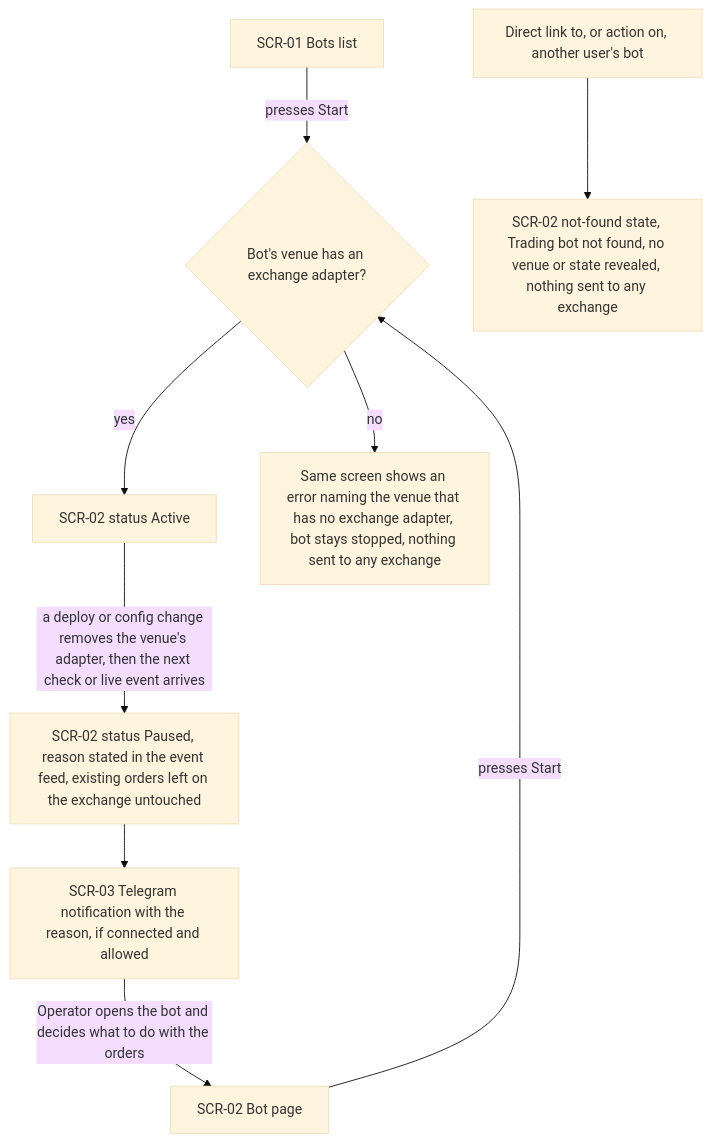
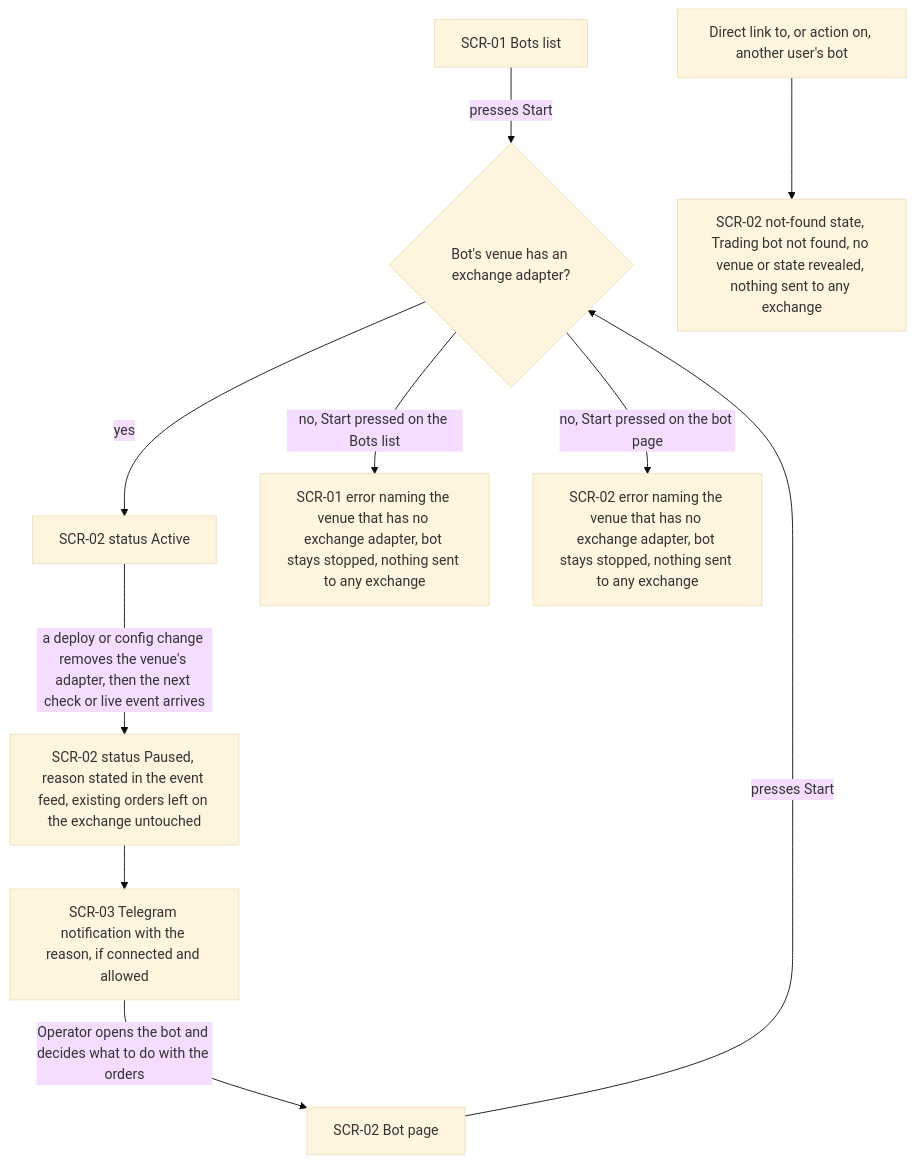
One commit to SoloOleh/AlgoTradeDynamics-experiments changed the third of 5 diagrams in docs/features/exchange-adapter/ux-flows.md. Above: the diagram before and after it, drawn with Mermaid (base theme). The commit also changed other lines of this file and 32 other files, not shown here.

First line of the commit message:
design: exchange-adapter data model, API contract, test plan, tasks

````diff
--- a/docs/features/exchange-adapter/ux-flows.md
+++ b/docs/features/exchange-adapter/ux-flows.md
@@ -68,11 +72,12 @@
 ```mermaid
 flowchart TD
     A["SCR-01 Bots list"] -->|"presses Start"| C{"Bot's venue has an exchange adapter?"}
     B["SCR-02 Bot page"] -->|"presses Start"| C
     C -->|"yes"| D["SCR-02 status Active"]
-    C -->|"no"| E["Same screen shows an error naming the venue that has no exchange adapter, bot stays stopped, nothing sent to any exchange"]
+    C -->|"no, Start pressed on the Bots list"| E1["SCR-01 error naming the venue that has no exchange adapter, bot stays stopped, nothing sent to any exchange"]
+    C -->|"no, Start pressed on the bot page"| E2["SCR-02 error naming the venue that has no exchange adapter, bot stays stopped, nothing sent to any exchange"]
     D -->|"a deploy or config change removes the venue's adapter, then the next check or live event arrives"| F["SCR-02 status Paused, reason stated in the event feed, existing orders left on the exchange untouched"]
     F --> G["SCR-03 Telegram notification with the reason, if connected and allowed"]
     G -->|"Operator opens the bot and decides what to do with the orders"| B
     X["Direct link to, or action on, another user's bot"] --> Y["SCR-02 not-found state, Trading bot not found, no venue or state revealed, nothing sent to any exchange"]
 ```
````
